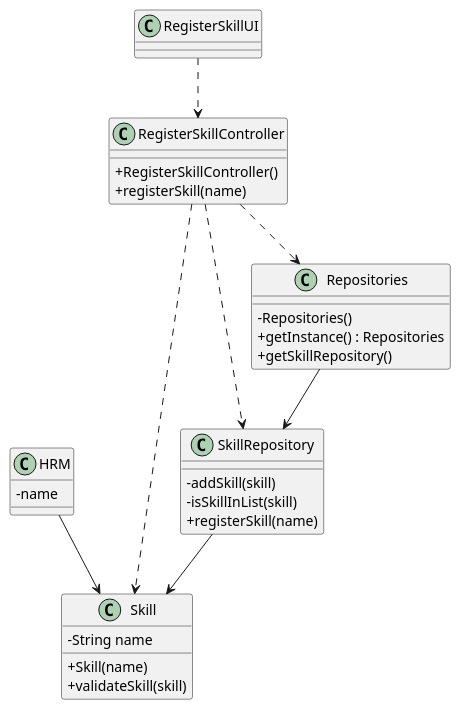
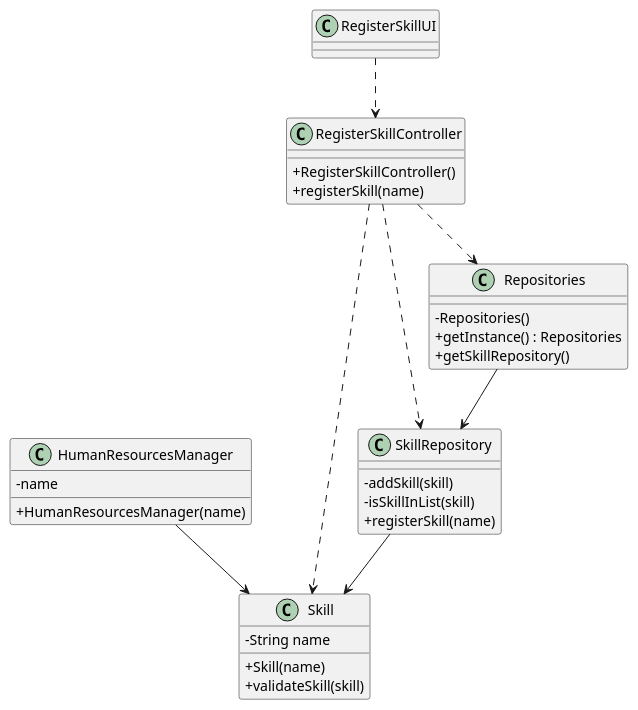
The diagram in docs/sprintA&B/us001/03.design/puml/us001-class-diagram.puml (daniel41silva05/ISEP_2023_2024_LAPR2), drawn with PlantUML before and after one commit. The commit also changed 1 other file, not shown here.

Commit message:
us01 updates on us001-class-diagram.puml

```diff
--- a/docs/sprintA&B/us001/03.design/puml/us001-class-diagram.puml
+++ b/docs/sprintA&B/us001/03.design/puml/us001-class-diagram.puml
@@ -1,51 +1,52 @@
 @startuml
 skinparam packageStyle rectangle
 skinparam shadowing false
 skinparam linetype polyline
 
 skinparam classAttributeIconSize 0
 
 'left to right direction
 
 class Skill {
     - String name
 
     + Skill(name)
     + validateSkill(skill)
 }
 
-class HRM {
+class HumanResourcesManager {
     - name
+    + HumanResourcesManager(name)
 }
 
 class SkillRepository {
     - addSkill(skill)
     - isSkillInList(skill)
     + registerSkill(name)
 }
 
 class Repositories {
     - Repositories()
     + getInstance() : Repositories
     + getSkillRepository()
 }
 
 class RegisterSkillController {
     + RegisterSkillController()
     + registerSkill(name)
 }
 
 class RegisterSkillUI {
 }
 
 RegisterSkillUI ..> RegisterSkillController
 RegisterSkillController ..> Repositories
 RegisterSkillController ..> SkillRepository
 RegisterSkillController ..> Skill
 Repositories --> SkillRepository
-HRM --> Skill
+HumanResourcesManager --> Skill
 SkillRepository --> Skill
 
 
 
 @enduml
```
